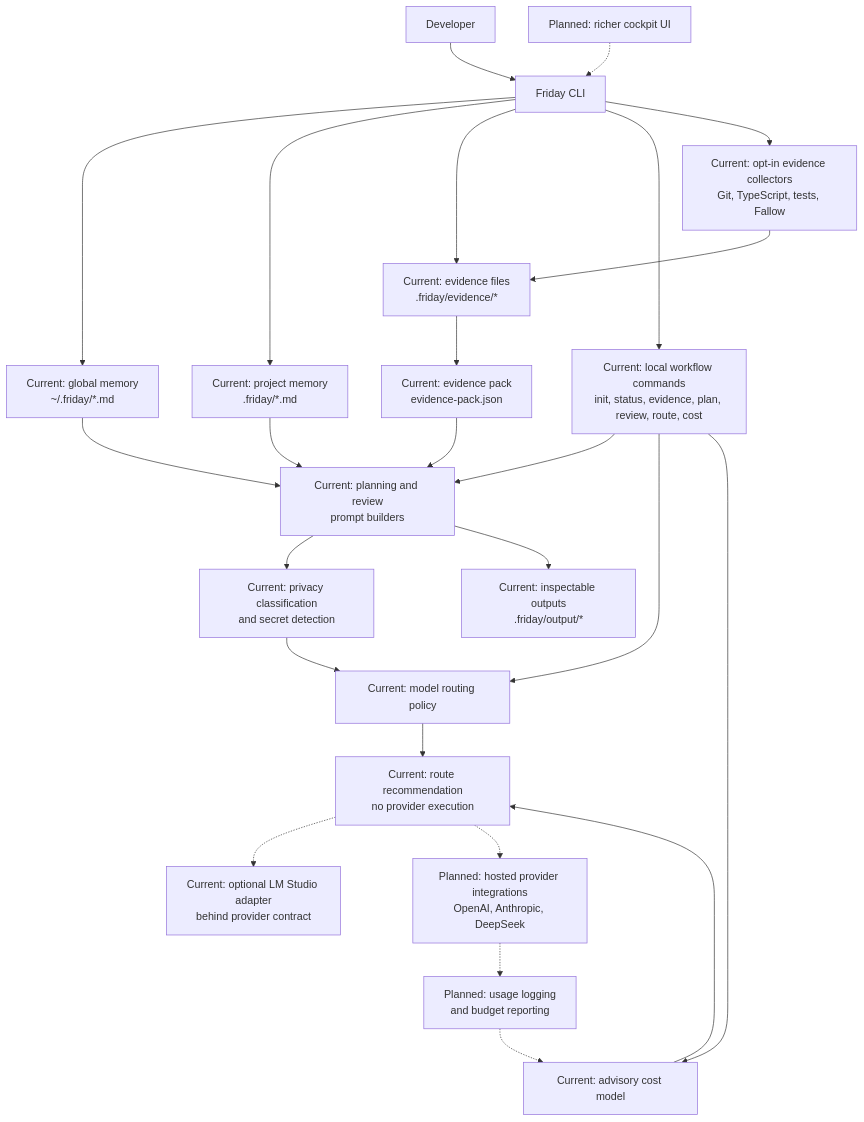
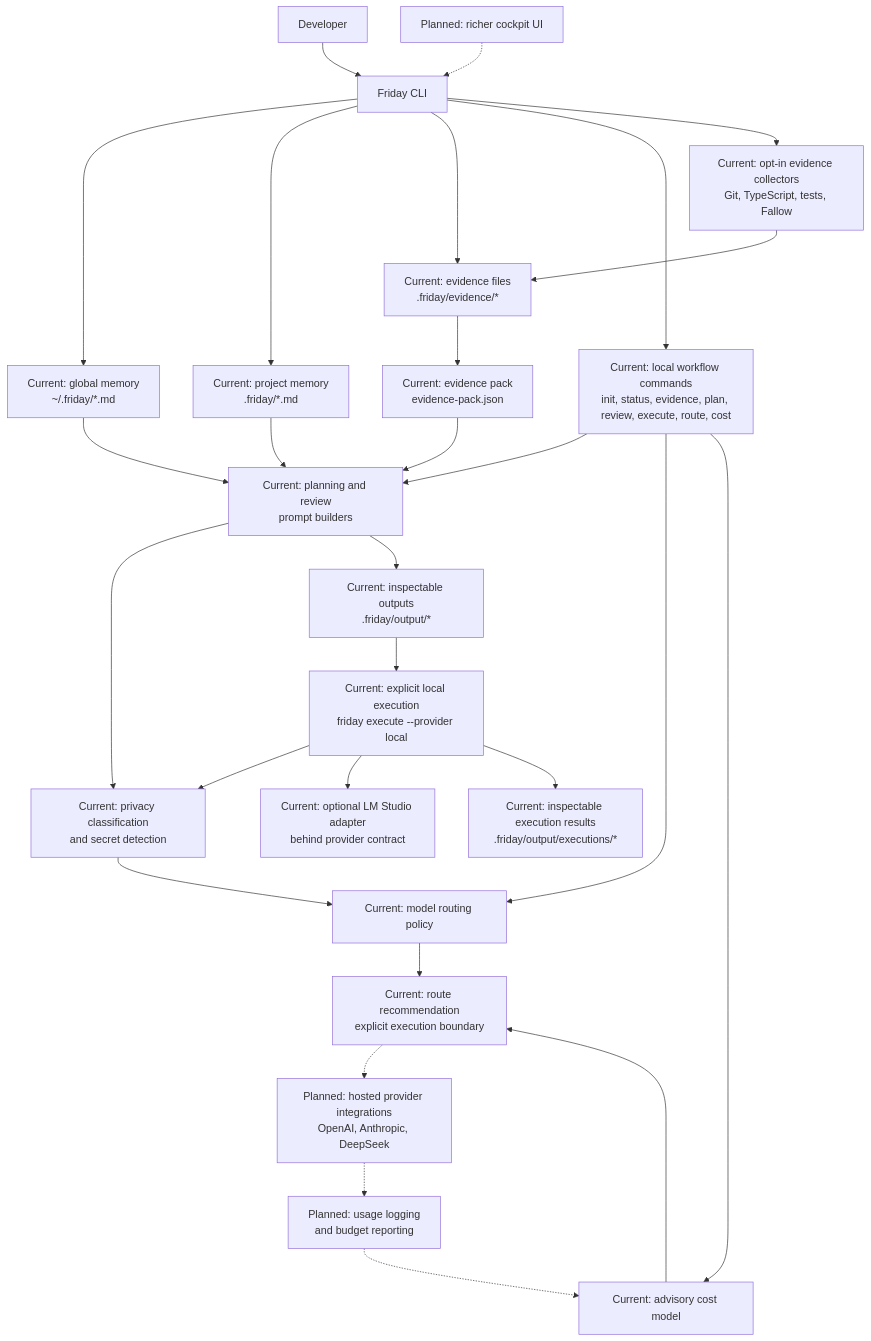
The diagram in docs/architecture.md (MikeBlakeway/friday), drawn with Mermaid before and after one commit. The commit also changed other lines of this file and 9 other files, not shown here.

Commit message:
feat(FRI-035): add explicit local execution boundary

````diff
--- a/docs/architecture.md
+++ b/docs/architecture.md
@@ -13,32 +13,35 @@
 ```mermaid
 flowchart TD
   Developer[Developer] --> CLI[Friday CLI]
 
   CLI --> CurrentGlobalMemory[Current: global memory<br/>~/.friday/*.md]
   CLI --> CurrentProjectMemory[Current: project memory<br/>.friday/*.md]
   CLI --> CurrentEvidence[Current: evidence files<br/>.friday/evidence/*]
-  CLI --> CurrentCommands[Current: local workflow commands<br/>init, status, evidence, plan, review, route, cost]
+  CLI --> CurrentCommands[Current: local workflow commands<br/>init, status, evidence, plan, review, execute, route, cost]
 
   CurrentGlobalMemory --> PromptBuilders[Current: planning and review<br/>prompt builders]
   CurrentProjectMemory --> PromptBuilders
   CurrentEvidence --> EvidencePack[Current: evidence pack<br/>evidence-pack.json]
   EvidencePack --> PromptBuilders
   CurrentCommands --> PromptBuilders
 
   PromptBuilders --> PrivacySafety[Current: privacy classification<br/>and secret detection]
   CurrentCommands --> RoutePolicy[Current: model routing policy]
   CurrentCommands --> CostModel[Current: advisory cost model]
 
   PrivacySafety --> RoutePolicy
-  RoutePolicy --> Recommendation[Current: route recommendation<br/>no provider execution]
+  RoutePolicy --> Recommendation[Current: route recommendation<br/>explicit execution boundary]
   CostModel --> Recommendation
   PromptBuilders --> LocalOutputs[Current: inspectable outputs<br/>.friday/output/*]
+  LocalOutputs --> ExecuteBoundary[Current: explicit local execution<br/>friday execute --provider local]
+  ExecuteBoundary --> PrivacySafety
+  ExecuteBoundary --> CurrentLocalProvider[Current: optional LM Studio adapter<br/>behind provider contract]
+  ExecuteBoundary --> ExecutionOutputs[Current: inspectable execution results<br/>.friday/output/executions/*]
 
   CLI --> CurrentCollectors[Current: opt-in evidence collectors<br/>Git, TypeScript, tests, Fallow]
   CurrentCollectors --> CurrentEvidence
-  Recommendation -.-> CurrentLocalProvider[Current: optional LM Studio adapter<br/>behind provider contract]
   Recommendation -.-> PlannedProviders[Planned: hosted provider integrations<br/>OpenAI, Anthropic, DeepSeek]
   PlannedProviders -.-> PlannedUsage[Planned: usage logging<br/>and budget reporting]
   PlannedUsage -.-> CostModel
   PlannedCockpit[Planned: richer cockpit UI] -.-> CLI
 ```
````
